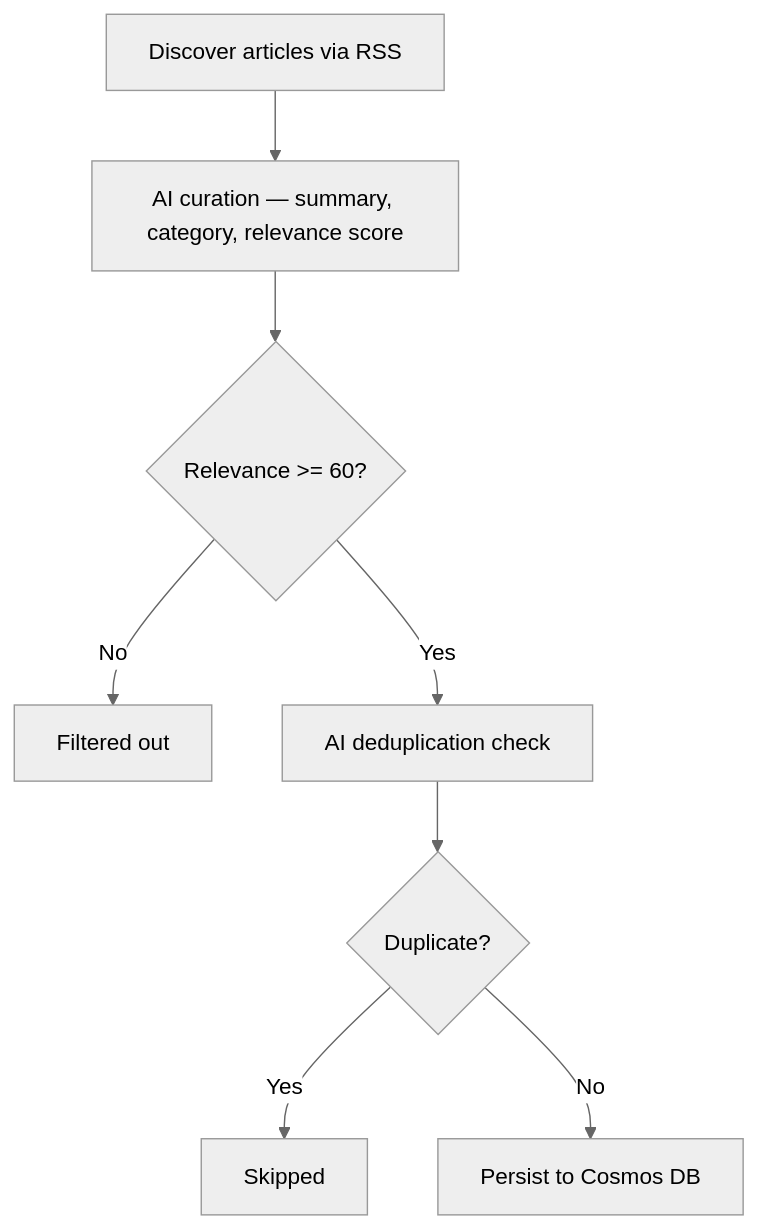
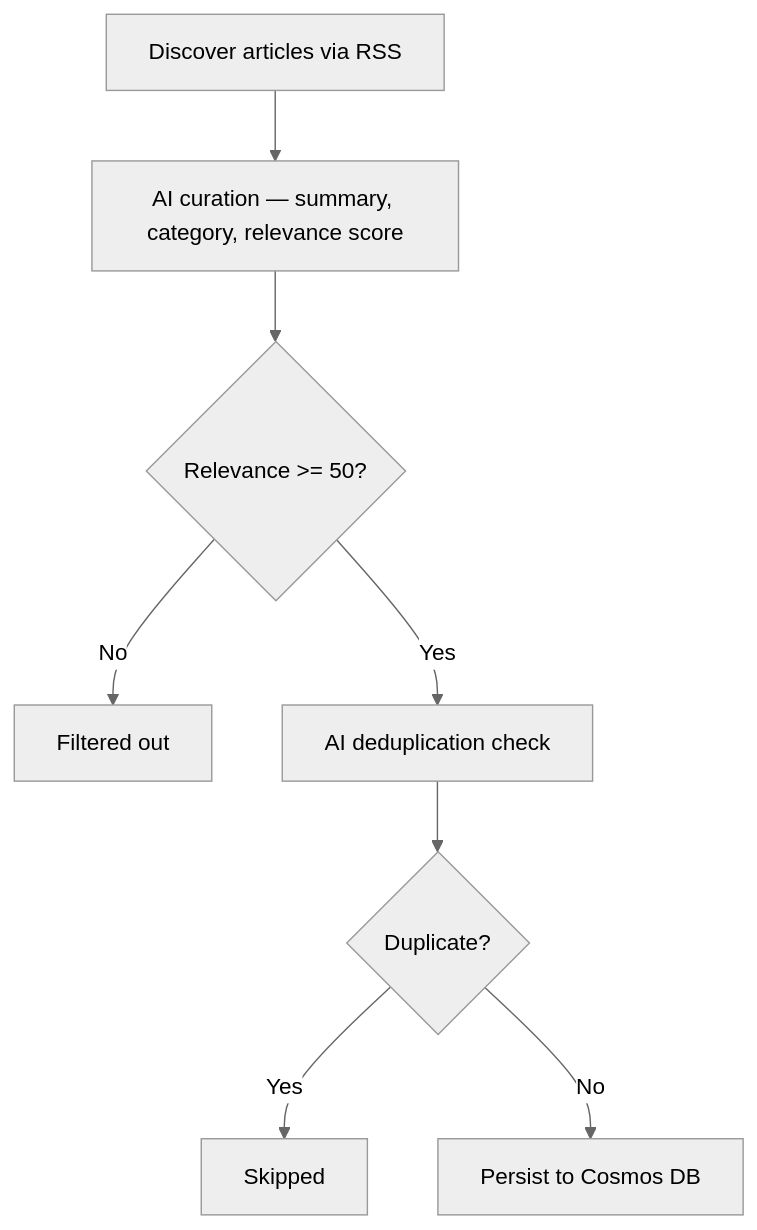
The second of 4 diagrams in README.md (Steinklo/dev-news), drawn with Mermaid (neutral theme) before and after one commit. The commit also changed other lines of this file, not shown here.

Commit message:
Fix README inaccuracies: relevance threshold, video item count, missing endpoint

````diff
--- a/README.md
+++ b/README.md
@@ -20,10 +20,10 @@
 ```mermaid
 flowchart TD
     A[Discover articles via RSS] --> B[AI curation — summary, category, relevance score]
-    B --> C{Relevance >= 60?}
+    B --> C{Relevance >= 50?}
     C -- No --> D[Filtered out]
     C -- Yes --> E[AI deduplication check]
     E --> F{Duplicate?}
     F -- Yes --> G[Skipped]
     F -- No --> H[Persist to Cosmos DB]
 ```
````
